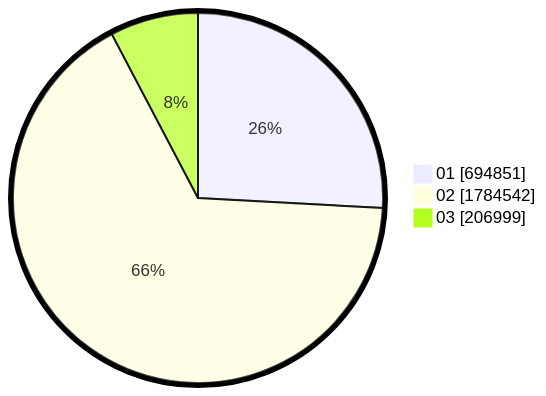
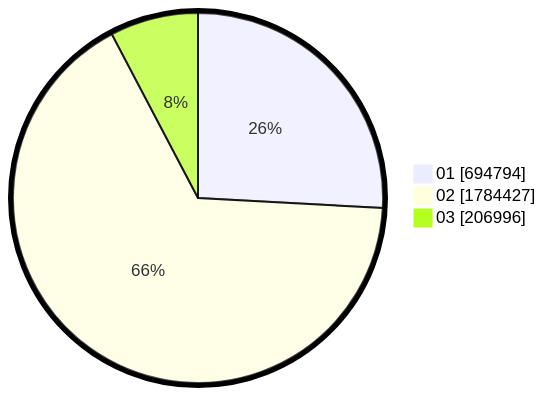
Before and after one commit to gigit-pemilu/pemilu-2024: the second of 2 diagrams in pilpres/hitung-suara/sub/table-wilayah-52.md, drawn with Mermaid. The commit also changed other lines of this file and 6 other files, not shown here.

````diff
--- a/pilpres/hitung-suara/sub/table-wilayah-52.md
+++ b/pilpres/hitung-suara/sub/table-wilayah-52.md
@@ -15,7 +15,7 @@
 ```mermaid
 %%{init: {"pie": {"textPosition": 0.5}, "themeVariables": {"pieOuterStrokeWidth": "5px"}} }%%
 pie showData
-    "01" : 694851
-    "02" : 1784542
-    "03" : 206999
+    "01" : 694794
+    "02" : 1784427
+    "03" : 206996
 ```
````
